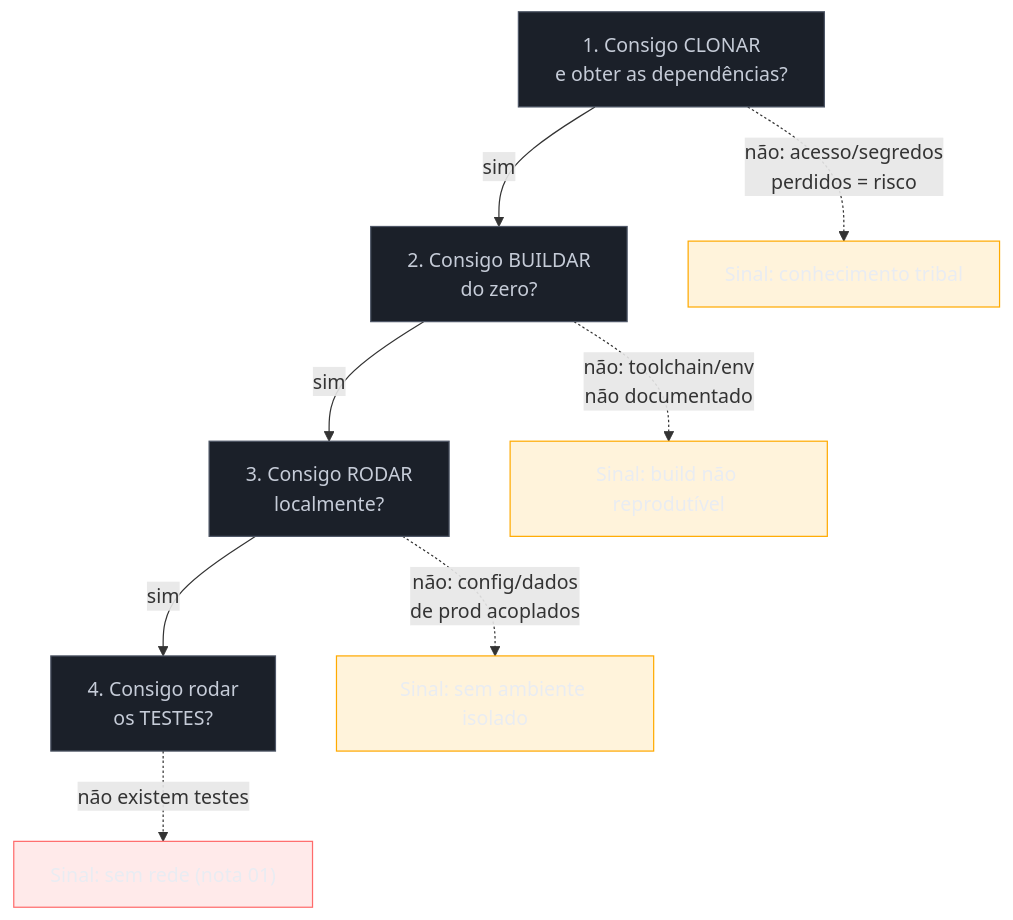
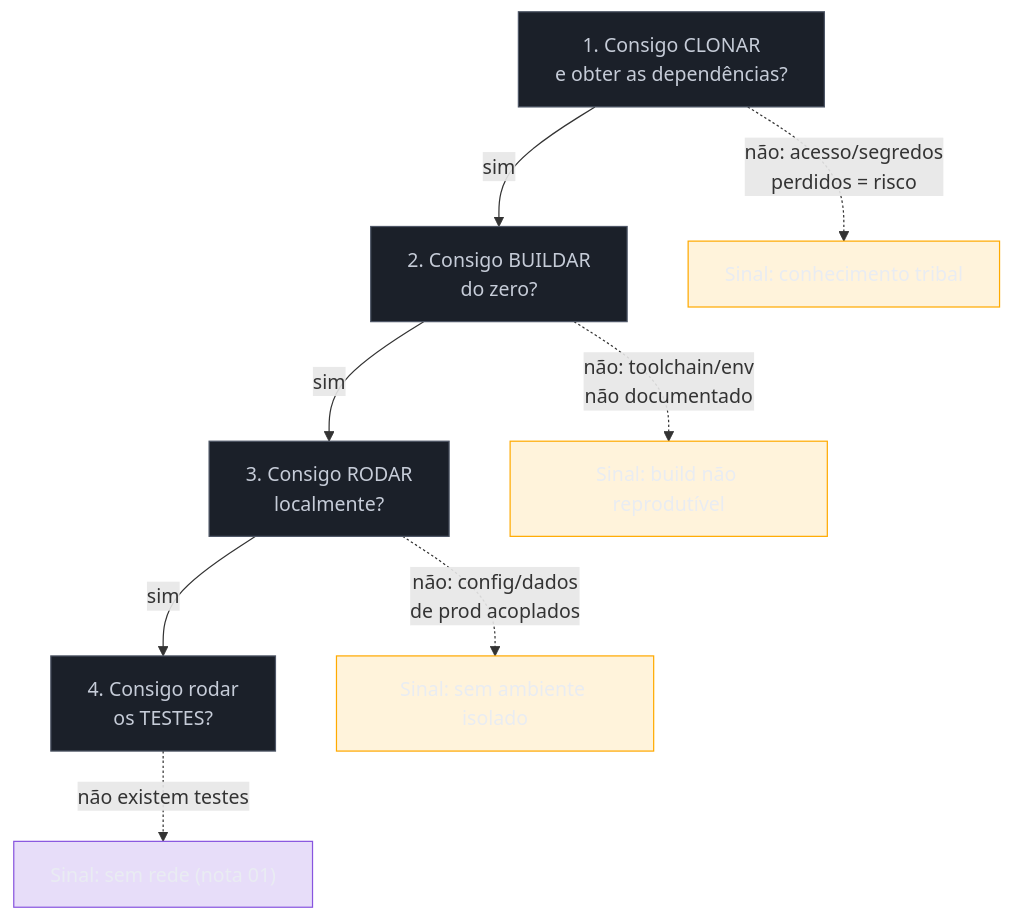
The diagram in 03-Dominios/Engenharia/Arqueologia e Restauração de Software/05 - First Contact.md (josenaldo/codex-technomanticus), drawn with Mermaid before and after one commit. The commit also changed 601 other files, not shown here.

````diff
--- a/03-Dominios/Engenharia/Arqueologia e Restauração de Software/05 - First Contact.md
+++ b/03-Dominios/Engenharia/Arqueologia e Restauração de Software/05 - First Contact.md
@@ -38,21 +38,21 @@
 ```mermaid
 graph TD
+    classDef marca fill:#8855DF33,stroke:#8855DF,color:#E9ECF2
     classDef neutro fill:#1B2029,stroke:#4E5666,color:#C6CCD8
     classDef destaque fill:#FFAA0024,stroke:#FFAA00,color:#E9ECF2
-    classDef falha fill:#FF6B6B24,stroke:#FF6B6B,color:#E9ECF2
     C["1. Consigo CLONAR<br/>e obter as dependências?"] -->|sim| B["2. Consigo BUILDAR<br/>do zero?"]
     B -->|sim| R["3. Consigo RODAR<br/>localmente?"]
     R -->|sim| T["4. Consigo rodar<br/>os TESTES?"]
     C -.->|"não: acesso/segredos<br/>perdidos = risco"| X1["Sinal: conhecimento tribal"]
     B -.->|"não: toolchain/env<br/>não documentado"| X2["Sinal: build não reprodutível"]
     R -.->|"não: config/dados<br/>de prod acoplados"| X3["Sinal: sem ambiente isolado"]
     T -.->|"não existem testes"| X4["Sinal: sem rede (nota 01)"]
     class C neutro
     class B neutro
     class R neutro
     class T neutro
     class X1 destaque
     class X2 destaque
     class X3 destaque
-    class X4 falha
+    class X4 marca
 ```
````
